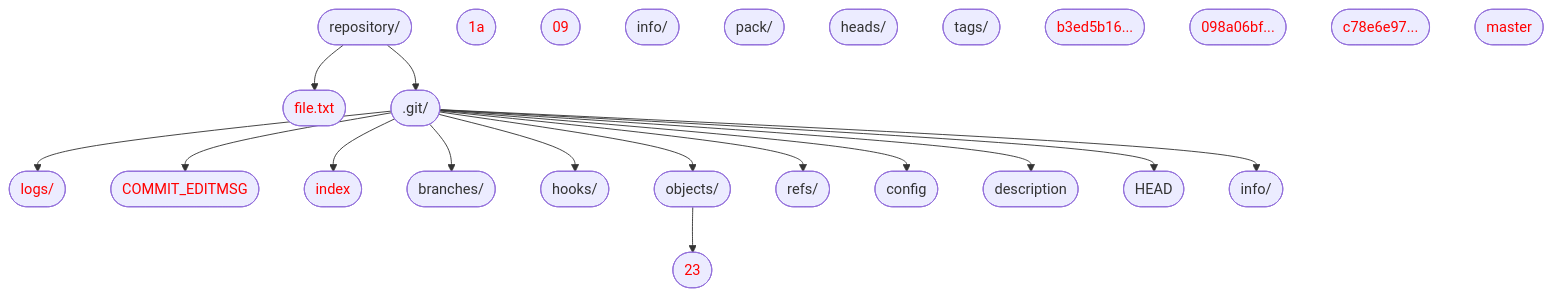
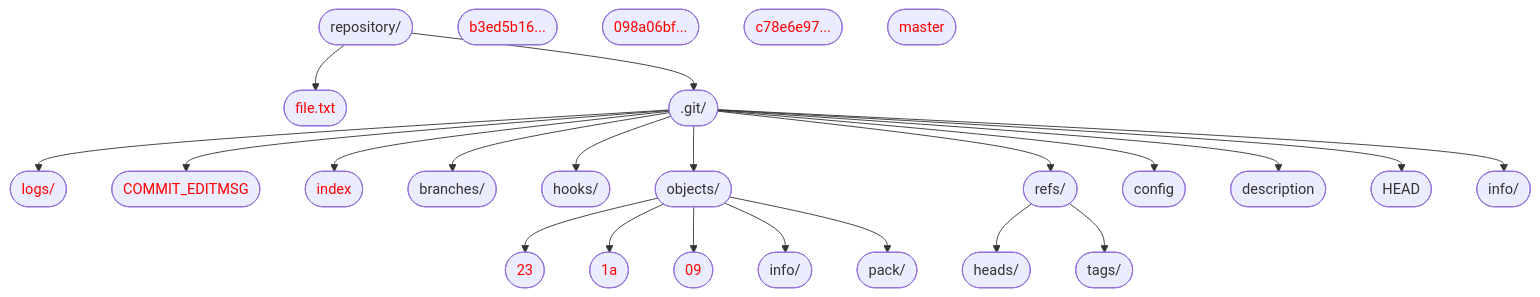
The second of 26 diagrams in docs/basic-concepts.md (hpc2n/course-intro-git), drawn with Mermaid before and after one commit. The commit also changed other lines of this file, not shown here.

````diff
--- a/docs/basic-concepts.md
+++ b/docs/basic-concepts.md
@@ -113,54 +113,60 @@
 ```mermaid
 graph TD 
   A(["repository/"])
   B(["file.txt"]) 
   style B color:#FF0000
   C([".git/"])
   D(["logs/"]) 
   style D color:#FF0000
   E(["COMMIT_EDITMSG"])
   style E color:#FF0000
   F(["index"])
   style F color:#FF0000
   G(["branches/"])
   H(["hooks/"])
   I(["objects/"])
   J(["refs/"])
   K(["config"])
   L(["description"])
   M(["HEAD"])
   N(["info/ "])
   O(["23"])
   style O color:#FF0000
   P(["1a"])
   style P color:#FF0000
   Q(["09"])
   style Q color:#FF0000
   R(["info/ "])
   S(["pack/"])
   T(["heads/"])
   U(["tags/"]) 
   V(["b3ed5b16..."])
   style V color:#FF0000
   W(["098a06bf..."])
   style W color:#FF0000
   X(["c78e6e97..."])
   style X color:#FF0000
   Y(["master"])
   style Y color:#FF0000
  
   A --> B
   A --> C
   C --> D
   C --> E
   C --> F
   C --> G
   C --> H
   C --> I
   C --> J
   C --> K
   C --> L 
   C --> M
   C --> N
   I --> O
+  I --> P
+  I --> Q
+  I --> R
+  I --> S
+  J --> T
+  J --> U
 ```
````
